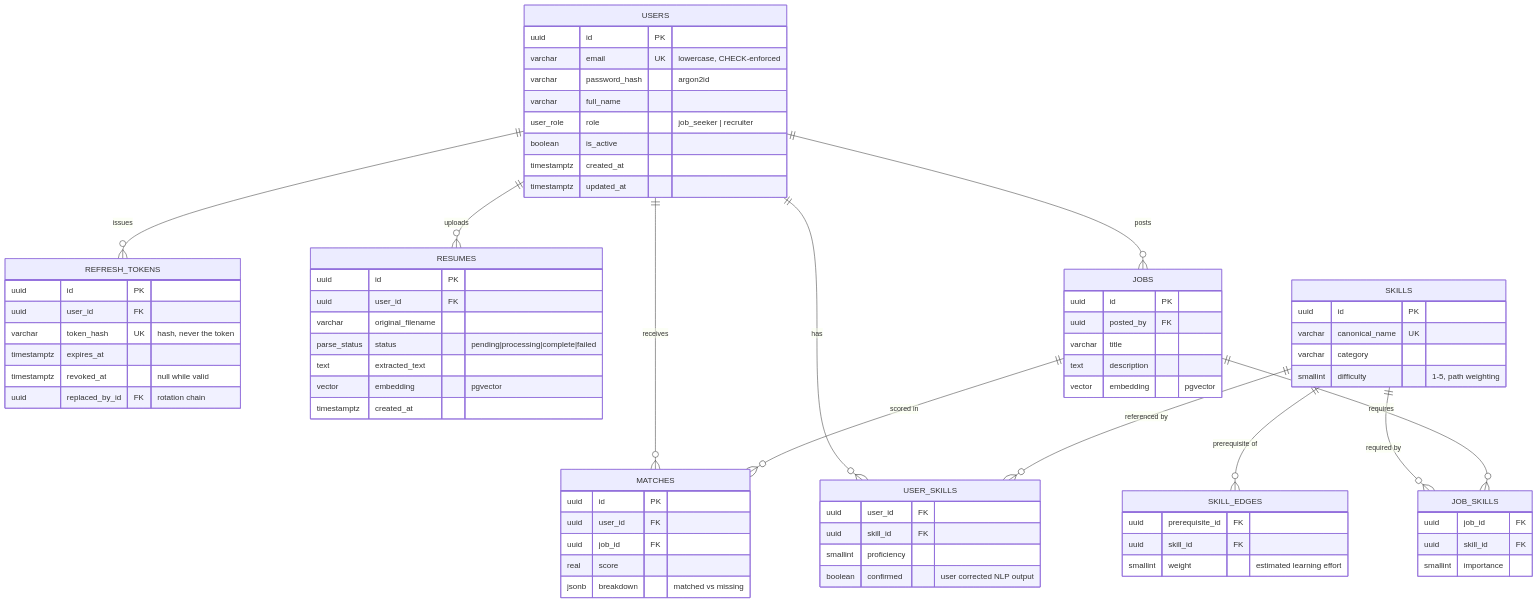
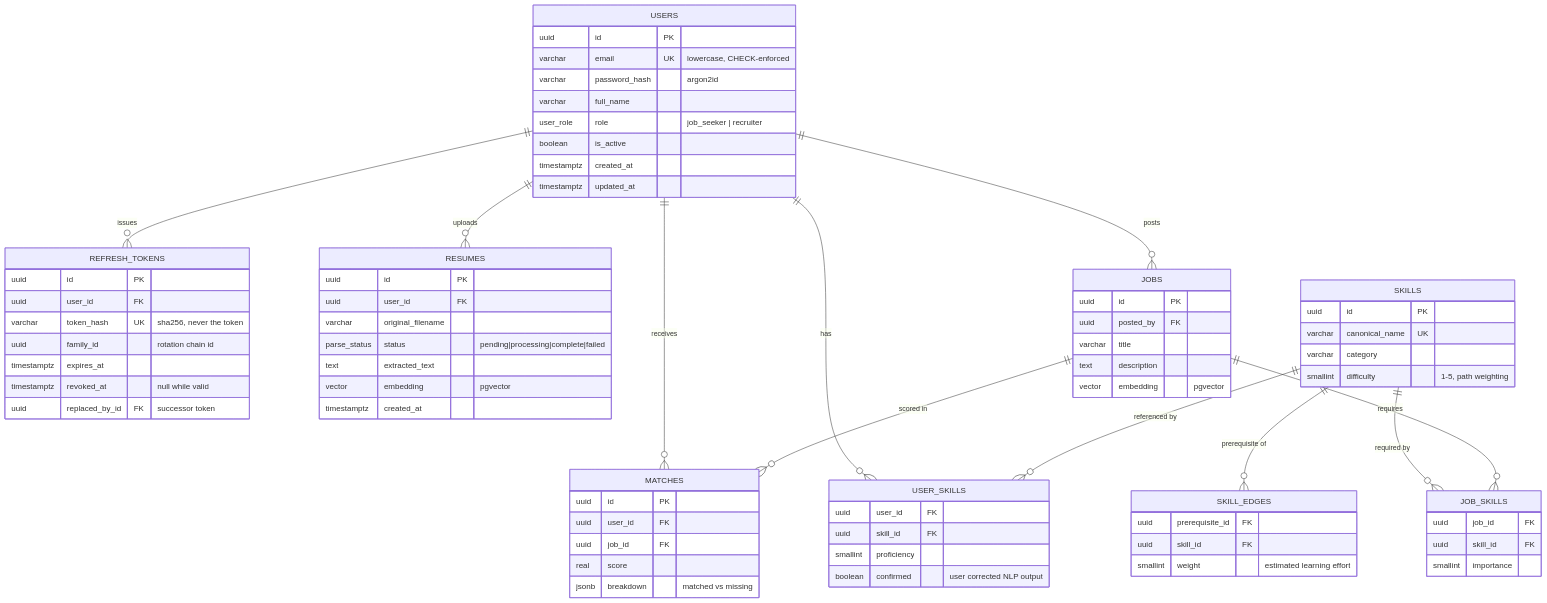
The diagram in docs/database.md (Mazharul75/careergraph), drawn with Mermaid before and after one commit. The commit also changed other lines of this file and 4 other files, not shown here.

```diff
--- a/docs/database.md
+++ b/docs/database.md
@@ -38,10 +38,11 @@
     REFRESH_TOKENS {
         uuid id PK
         uuid user_id FK
-        varchar token_hash UK "hash, never the token"
+        varchar token_hash UK "sha256, never the token"
+        uuid family_id "rotation chain id"
         timestamptz expires_at
         timestamptz revoked_at "null while valid"
-        uuid replaced_by_id FK "rotation chain"
+        uuid replaced_by_id FK "successor token"
     }
 
     RESUMES {
```
